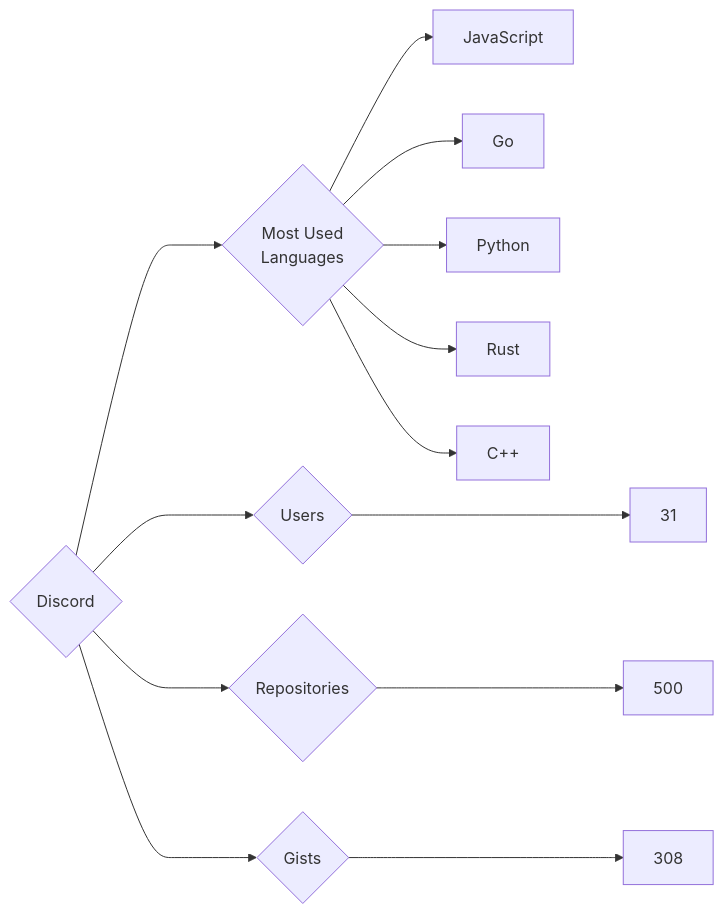
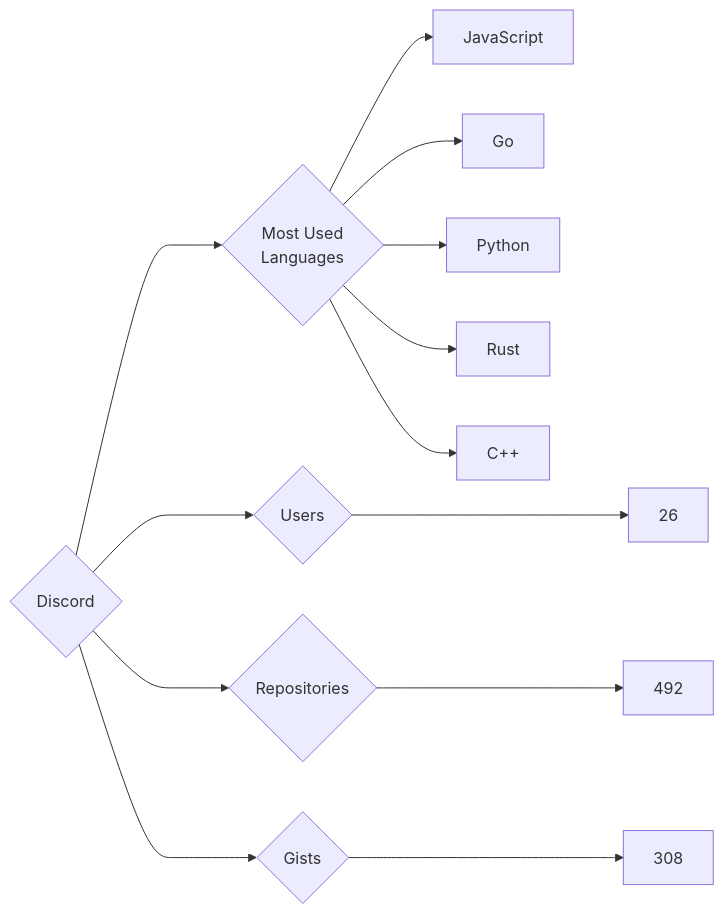
The diagram in targets/Discord/README.md (trickest/insiders), drawn with Mermaid before and after one commit. The commit also changed 900 other files, not shown here.

````diff
--- a/targets/Discord/README.md
+++ b/targets/Discord/README.md
@@ -3,13 +3,13 @@
 ```mermaid
 graph LR
 COMPANY_NAME{Discord}
-COMPANY_NAME ---> U{Users} ---> UN[31]
-COMPANY_NAME ---> R{Repositories} ---> RN[500]
+COMPANY_NAME ---> U{Users} ---> UN[26]
+COMPANY_NAME ---> R{Repositories} ---> RN[492]
 COMPANY_NAME ---> G{Gists} ---> GN[308]
 COMPANY_NAME ---> ML{Most Used<br>Languages}
 ML --> JavaScript[JavaScript]
 ML --> Go[Go]
 ML --> Python[Python]
 ML --> Rust[Rust]
 ML --> C++[C++]
 ```
````
